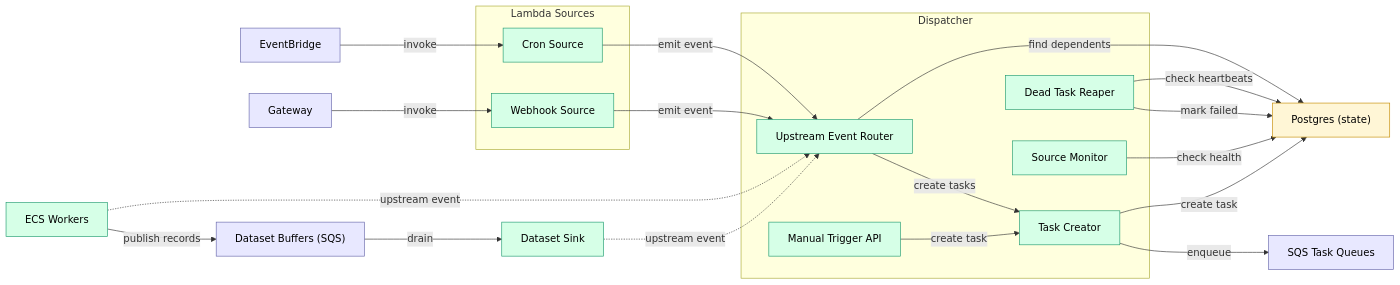
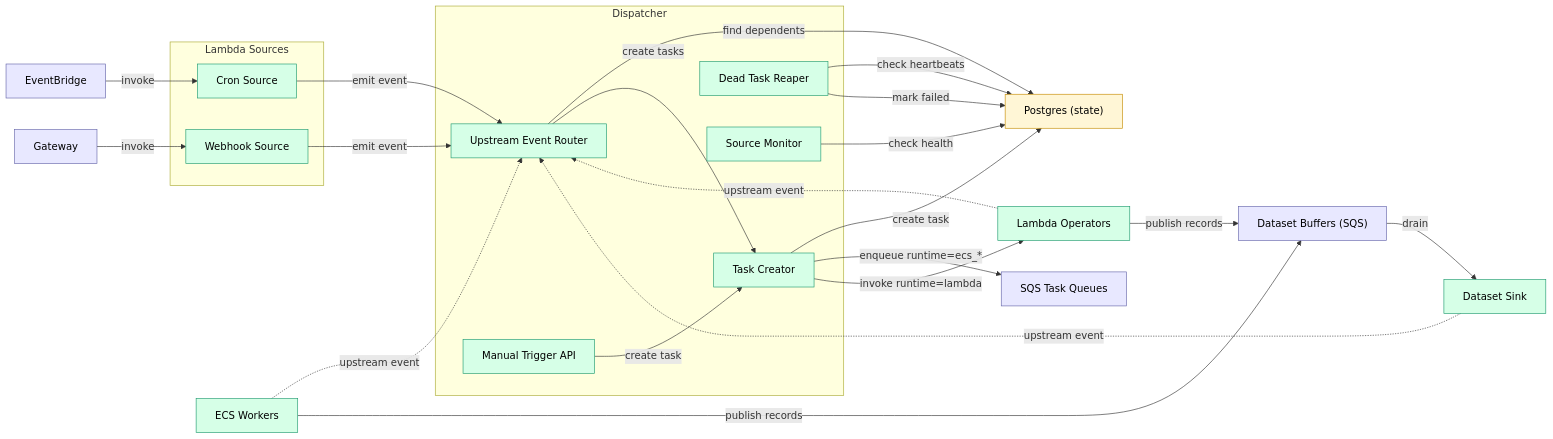
One commit to c7121/trace changed the fourth of 6 diagrams in docs/readme.md. Above: the diagram before and after it, drawn with Mermaid. The commit also changed other lines of this file and 9 other files, not shown here.

````diff
--- a/docs/readme.md
+++ b/docs/readme.md
@@ -230,48 +230,52 @@
 ```mermaid
 flowchart LR
     subgraph Sources["Lambda Sources"]
         cronSrc["Cron Source"]:::component
         webhookSrc["Webhook Source"]:::component
     end
 
     subgraph Dispatch["Dispatcher"]
         taskCreate["Task Creator"]:::component
         eventRouter["Upstream Event Router"]:::component
         reaper["Dead Task Reaper"]:::component
         sourceMon["Source Monitor"]:::component
         manualApi["Manual Trigger API"]:::component
     end
 
     eventbridge["EventBridge"]:::infra
     gateway["Gateway"]:::infra
     task_sqs["SQS Task Queues"]:::infra
     buffers["Dataset Buffers (SQS)"]:::infra
     postgres_state["Postgres (state)"]:::database
     workers["ECS Workers"]:::component
+    lambdaOps["Lambda Operators"]:::component
     sinks["Dataset Sink"]:::component
 
     eventbridge -->|invoke| cronSrc
     gateway -->|invoke| webhookSrc
     
     cronSrc -->|emit event| eventRouter
     webhookSrc -->|emit event| eventRouter
     manualApi -->|create task| taskCreate
     
     workers -.->|upstream event| eventRouter
+    lambdaOps -.->|upstream event| eventRouter
     eventRouter -->|find dependents| postgres_state
     eventRouter -->|create tasks| taskCreate
     
     taskCreate -->|create task| postgres_state
-    taskCreate -->|enqueue| task_sqs
+    taskCreate -->|enqueue runtime=ecs_*| task_sqs
+    taskCreate -->|invoke runtime=lambda| lambdaOps
     reaper -->|check heartbeats| postgres_state
     reaper -->|mark failed| postgres_state
     sourceMon -->|check health| postgres_state
 
     workers -->|publish records| buffers
+    lambdaOps -->|publish records| buffers
     buffers -->|drain| sinks
     sinks -.->|upstream event| eventRouter
 
     classDef component fill:#d6ffe7,stroke:#1f9a6f,color:#000;
     classDef infra fill:#e8e8ff,stroke:#6666aa,color:#000;
     classDef database fill:#fff6d6,stroke:#c58b00,color:#000;
 ```
````
